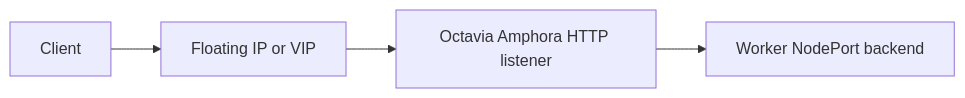
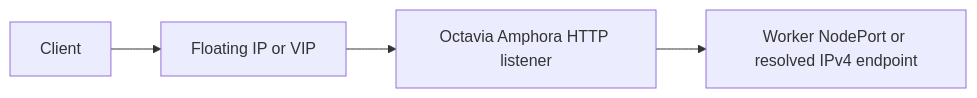
The diagram in docs/design/architecture.md (gateway-api-openstack/gateway-api-openstack), drawn with Mermaid before and after one commit. The commit also changed other lines of this file and 52 other files, not shown here.

````diff
--- a/docs/design/architecture.md
+++ b/docs/design/architecture.md
@@ -346,6 +346,6 @@
 ```mermaid
 flowchart LR
     C["Client"] --> A["Floating IP or VIP"]
     A --> O["Octavia Amphora HTTP listener"]
-    O --> B["Worker NodePort backend"]
+    O --> B["Worker NodePort or resolved IPv4 endpoint"]
 ```
````
